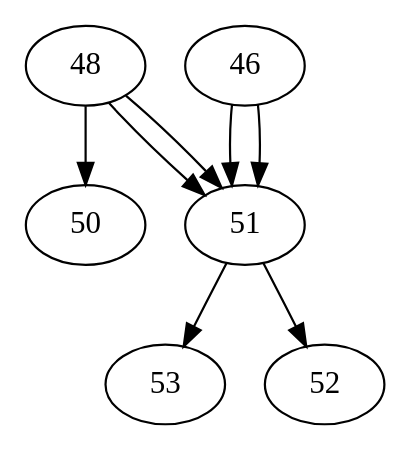
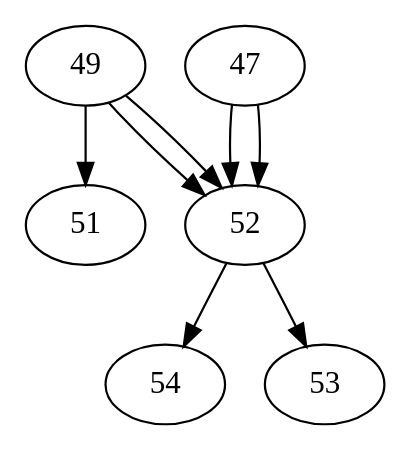
Before and after one commit to yangyixiaof/ConEvoDoop: the diagram in randoop-tests-dot/RegressionTest8_test2.dot, drawn with Graphviz. The commit also changed 4 other files, not shown here.

```diff
--- a/randoop-tests-dot/RegressionTest8_test2.dot
+++ b/randoop-tests-dot/RegressionTest8_test2.dot
@@ -1,14 +1,14 @@
 digraph {
 
 edge[fontname="SimSun",fontcolor=red];
 node[fontname="SimSun",size="20,20"];
 
-48->50;
-51->53;
-48->51;
-46->51;
-51->52;
-48->51;
-46->51;
+49->51;
+52->54;
+49->52;
+47->52;
+52->53;
+49->52;
+47->52;
 
 }
```
